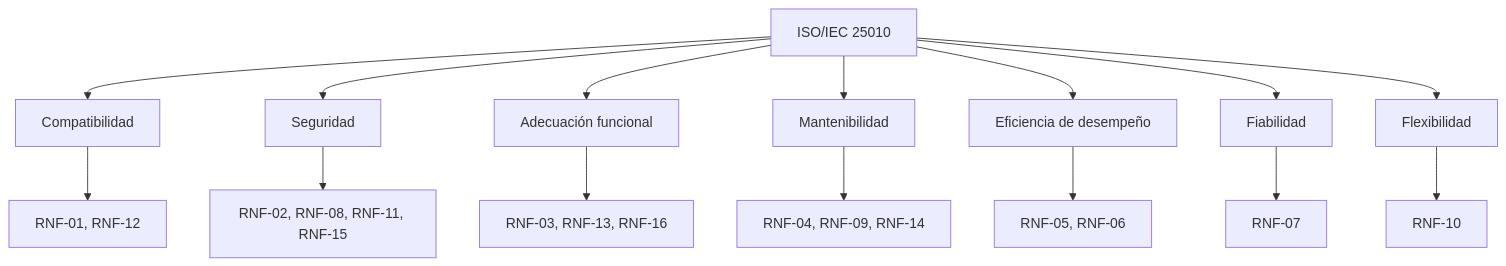
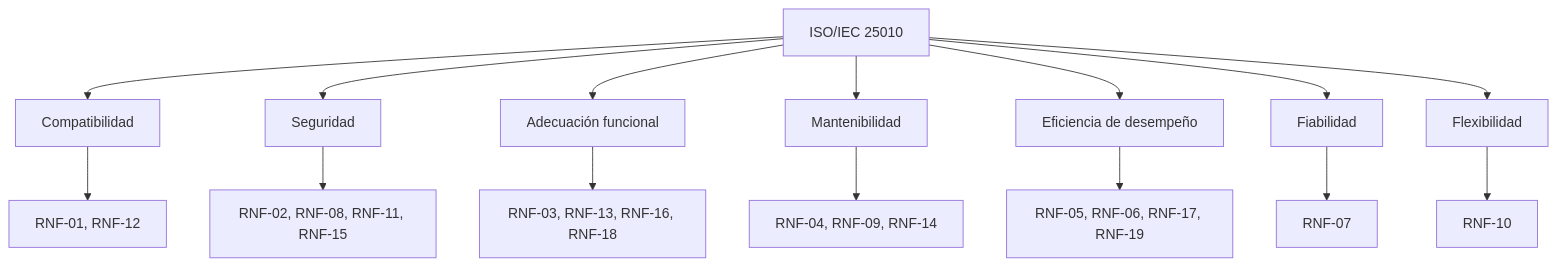
One commit to platanus-hack/platanus-hack-26-cl-team-4 changed the fourth of 7 diagrams in docs/requerimientos.md. Above: the diagram before and after it, drawn with Mermaid. The commit also changed other lines of this file and 17 other files, not shown here.

````diff
--- a/docs/requerimientos.md
+++ b/docs/requerimientos.md
@@ -217,10 +235,10 @@
 ```mermaid
 flowchart TD
   Q[ISO/IEC 25010] --> C1[Compatibilidad] --> R01["RNF-01, RNF-12"]
   Q --> C2[Seguridad] --> R02["RNF-02, RNF-08, RNF-11, RNF-15"]
-  Q --> C3[Adecuación funcional] --> R03["RNF-03, RNF-13, RNF-16"]
+  Q --> C3[Adecuación funcional] --> R03["RNF-03, RNF-13, RNF-16, RNF-18"]
   Q --> C4[Mantenibilidad] --> R04["RNF-04, RNF-09, RNF-14"]
-  Q --> C5[Eficiencia de desempeño] --> R05["RNF-05, RNF-06"]
+  Q --> C5[Eficiencia de desempeño] --> R05["RNF-05, RNF-06, RNF-17, RNF-19"]
   Q --> C6[Fiabilidad] --> R07[RNF-07]
   Q --> C7[Flexibilidad] --> R10[RNF-10]
 ```
````
